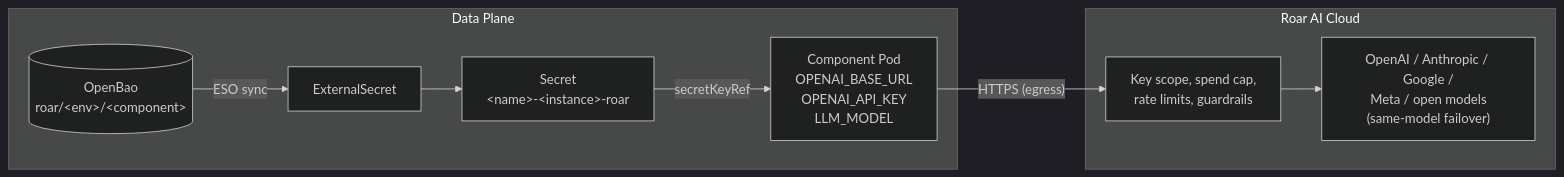
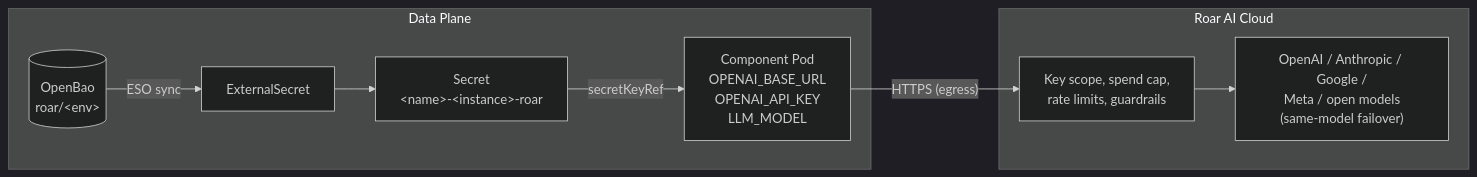
The diagram in ai-gateway-roar/README.md (Suvink/community-modules), drawn with Mermaid (dark theme) before and after one commit. The commit also changed other lines of this file and 2 other files, not shown here.

````diff
--- a/ai-gateway-roar/README.md
+++ b/ai-gateway-roar/README.md
@@ -17,12 +17,12 @@
 ```mermaid
 flowchart LR
     subgraph DP["Data Plane"]
-        OB[("OpenBao<br/>roar/#lt;env#gt;/#lt;component#gt;")] -- "ESO sync" --> ES["ExternalSecret"]
+        OB[("OpenBao<br/>roar/#lt;env#gt;")] -- "ESO sync" --> ES["ExternalSecret"]
         ES --> SEC["Secret<br/>#lt;name#gt;-#lt;instance#gt;-roar"]
         SEC -- "secretKeyRef" --> POD["Component Pod<br/>OPENAI_BASE_URL<br/>OPENAI_API_KEY<br/>LLM_MODEL"]
     end
     subgraph ROAR["Roar AI Cloud"]
         CHK["Key scope, spend cap,<br/>rate limits, guardrails"] --> PROV["OpenAI / Anthropic / Google /<br/>Meta / open models<br/>(same-model failover)"]
     end
     POD -- "HTTPS (egress)" --> CHK
 ```
````
